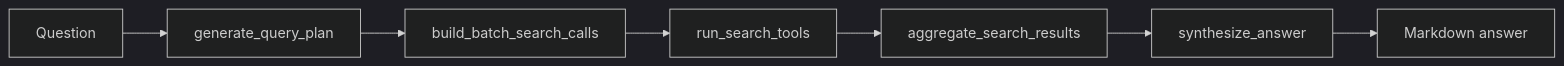
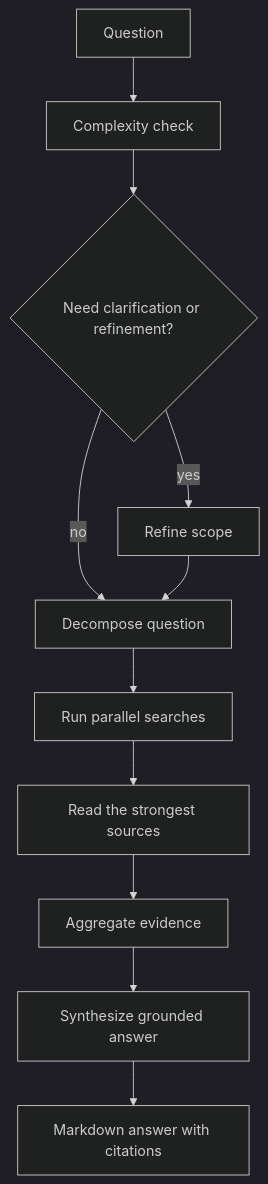
One commit to pr1m8/perplexity-at-home changed the third of 4 diagrams in README.md. Above: the diagram before and after it, drawn with Mermaid (dark theme). The commit also changed other lines of this file and 3 other files, not shown here.

Commit message:
docs: align workflow diagrams and release flow

````diff
--- a/README.md
+++ b/README.md
@@ -78,9 +118,13 @@
 ```mermaid
-flowchart LR
-    Q[Question] --> P[generate_query_plan]
-    P --> B[build_batch_search_calls]
-    B --> T[run_search_tools]
-    T --> A[aggregate_search_results]
-    A --> S[synthesize_answer]
-    S --> R[Markdown answer]
+flowchart TD
+    Q[Question] --> CHECK[Complexity check]
+    CHECK --> CLARIFY{Need clarification or refinement?}
+    CLARIFY -->|yes| REFINE[Refine scope]
+    CLARIFY -->|no| DECOMP[Decompose question]
+    REFINE --> DECOMP
+    DECOMP --> SEARCH[Run parallel searches]
+    SEARCH --> READ[Read the strongest sources]
+    READ --> AGGREGATE[Aggregate evidence]
+    AGGREGATE --> SYNTHESIZE[Synthesize grounded answer]
+    SYNTHESIZE --> ANSWER[Markdown answer with citations]
 ```
````
